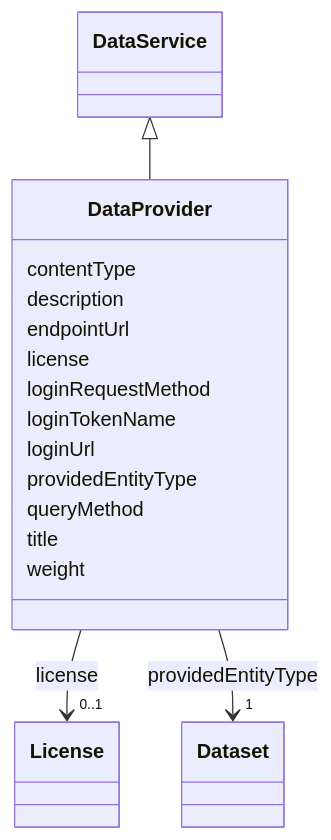
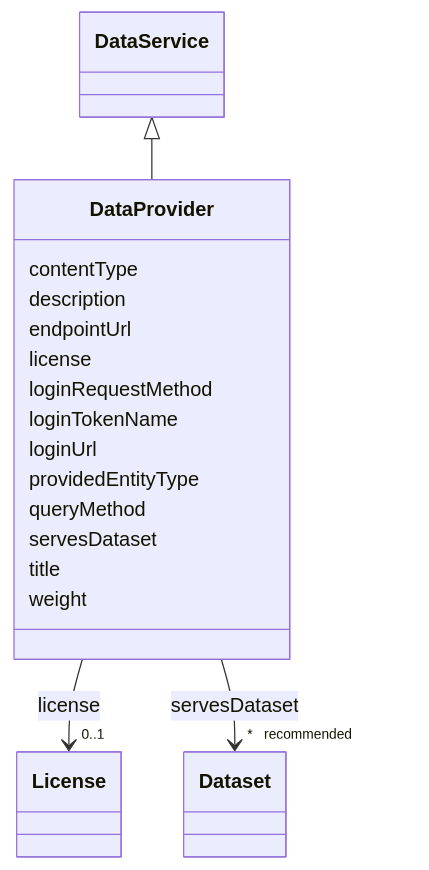
Before and after one commit to EVORA-project/evora-ontology: the diagram in models/docs/DataProvider.md, drawn with Mermaid. The commit also changed other lines of this file and 232 other files, not shown here.

````diff
--- a/models/docs/DataProvider.md
+++ b/models/docs/DataProvider.md
@@ -19,45 +19,47 @@
 ```mermaid
  classDiagram
     class DataProvider
     click DataProvider href "../DataProvider"
       DataService <|-- DataProvider
         click DataService href "../DataService"
       
       DataProvider : contentType
         
       DataProvider : description
         
       DataProvider : endpointUrl
         
       DataProvider : license
         
           
     
     
     DataProvider --> "0..1" License : license
     click License href "../License"
 
         
       DataProvider : loginRequestMethod
         
       DataProvider : loginTokenName
         
       DataProvider : loginUrl
         
       DataProvider : providedEntityType
         
+      DataProvider : queryMethod
+        
+      DataProvider : servesDataset
+        
           
     
     
-    DataProvider --> "1" Dataset : providedEntityType
+    DataProvider --> "* _recommended_" Dataset : servesDataset
     click Dataset href "../Dataset"
 
-        
-      DataProvider : queryMethod
         
       DataProvider : title
         
       DataProvider : weight
         
       
 ```
````
